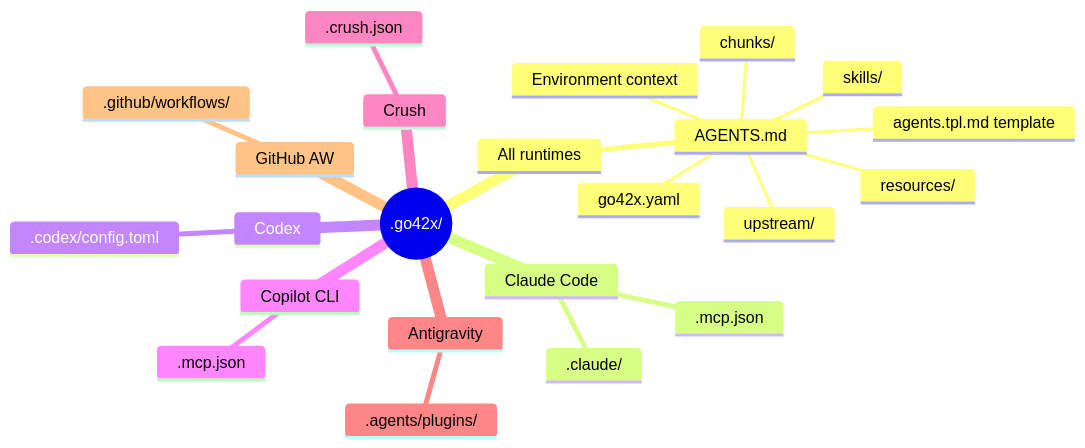
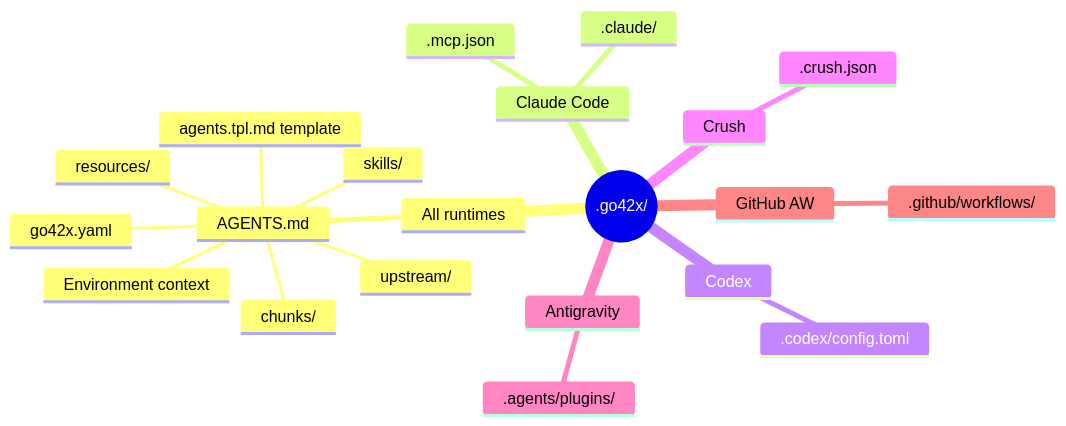
Before and after one commit to go42-dev/go42x: the diagram in README.md, drawn with Mermaid. The commit also changed other lines of this file, not shown here.

````diff
--- a/README.md
+++ b/README.md
@@ -55,26 +54,24 @@
 ```mermaid
 mindmap
   root((.go42x/))
     All runtimes
       AGENTS.md
         agents.tpl.md template
         chunks/
         skills/
         resources/
         upstream/
         go42x.yaml
         Environment context
     Claude Code
       .claude/
       .mcp.json
     Codex
       .codex/config.toml
-    Copilot CLI
-      .mcp.json
     Crush
       .crush.json
     Antigravity
       .agents/plugins/
     GitHub AW
       .github/workflows/
 ```
````
